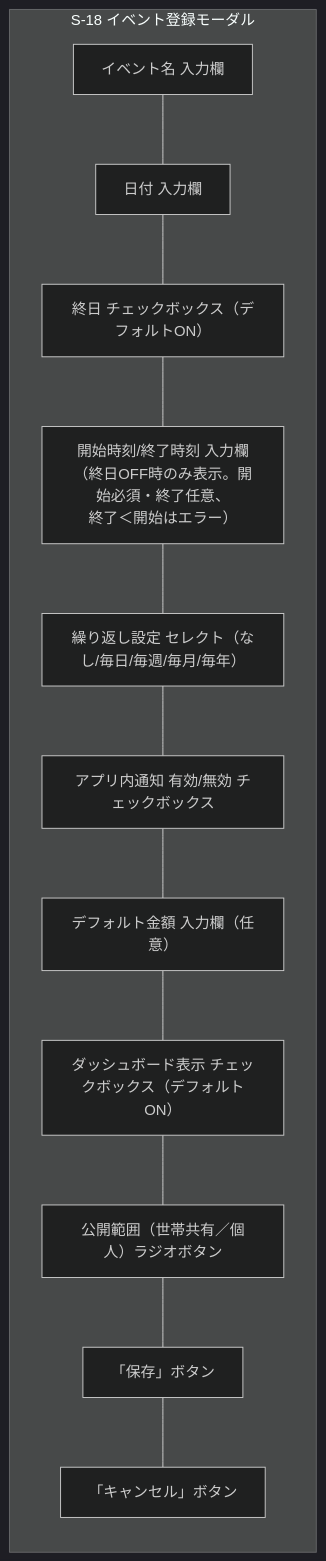
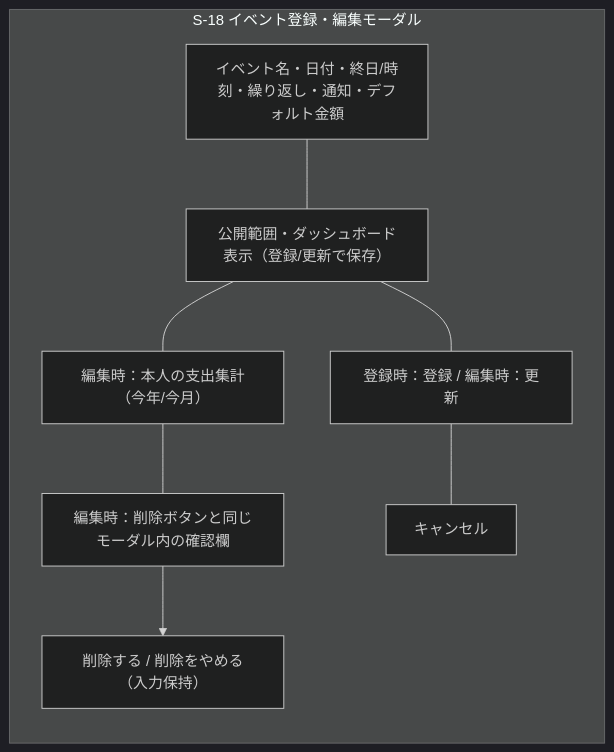
One commit to yamamotonaoki3/HomeLog changed diagram 14 of 17 in docs/details/wireframes.md. Above: the diagram before and after it, drawn with Mermaid (dark theme). The commit also changed other lines of this file and 9 other files, not shown here.

````diff
--- a/docs/details/wireframes.md
+++ b/docs/details/wireframes.md
@@ -823,18 +854,16 @@
 ```mermaid
 flowchart TD
-    subgraph Modal["S-18 イベント登録モーダル"]
+    subgraph Modal["S-18 イベント登録・編集モーダル"]
         direction TB
-        Name["イベント名 入力欄"]
-        Date["日付 入力欄"]
-        AllDay["終日 チェックボックス（デフォルトON）"]
-        TimeFields["開始時刻/終了時刻 入力欄\n（終日OFF時のみ表示。開始必須・終了任意、\n終了＜開始はエラー）"]
-        Recurrence["繰り返し設定 セレクト（なし/毎日/毎週/毎月/毎年）"]
-        Notify["アプリ内通知 有効/無効 チェックボックス"]
-        DefaultAmount["デフォルト金額 入力欄（任意）"]
-        ShowOnDashboard["ダッシュボード表示 チェックボックス（デフォルトON）"]
-        Visibility["公開範囲（世帯共有／個人）ラジオボタン"]
-        SaveBtn["「保存」ボタン"]
-        CancelBtn["「キャンセル」ボタン"]
+        Fields["イベント名・日付・終日/時刻・繰り返し・通知・デフォルト金額"]
+        Visibility["公開範囲・ダッシュボード表示（登録/更新で保存）"]
+        Summary["編集時：本人の支出集計（今年/今月）"]
+        Delete["編集時：削除ボタンと同じモーダル内の確認欄"]
+        Confirm["削除する / 削除をやめる（入力保持）"]
+        Save["登録時：登録 / 編集時：更新"]
+        Cancel["キャンセル"]
+        Fields --- Visibility --- Summary --- Delete
+        Delete --> Confirm
+        Visibility --- Save --- Cancel
     end
-    Name --- Date --- AllDay --- TimeFields --- Recurrence --- Notify --- DefaultAmount --- ShowOnDashboard --- Visibility --- SaveBtn --- CancelBtn
 ```
````
